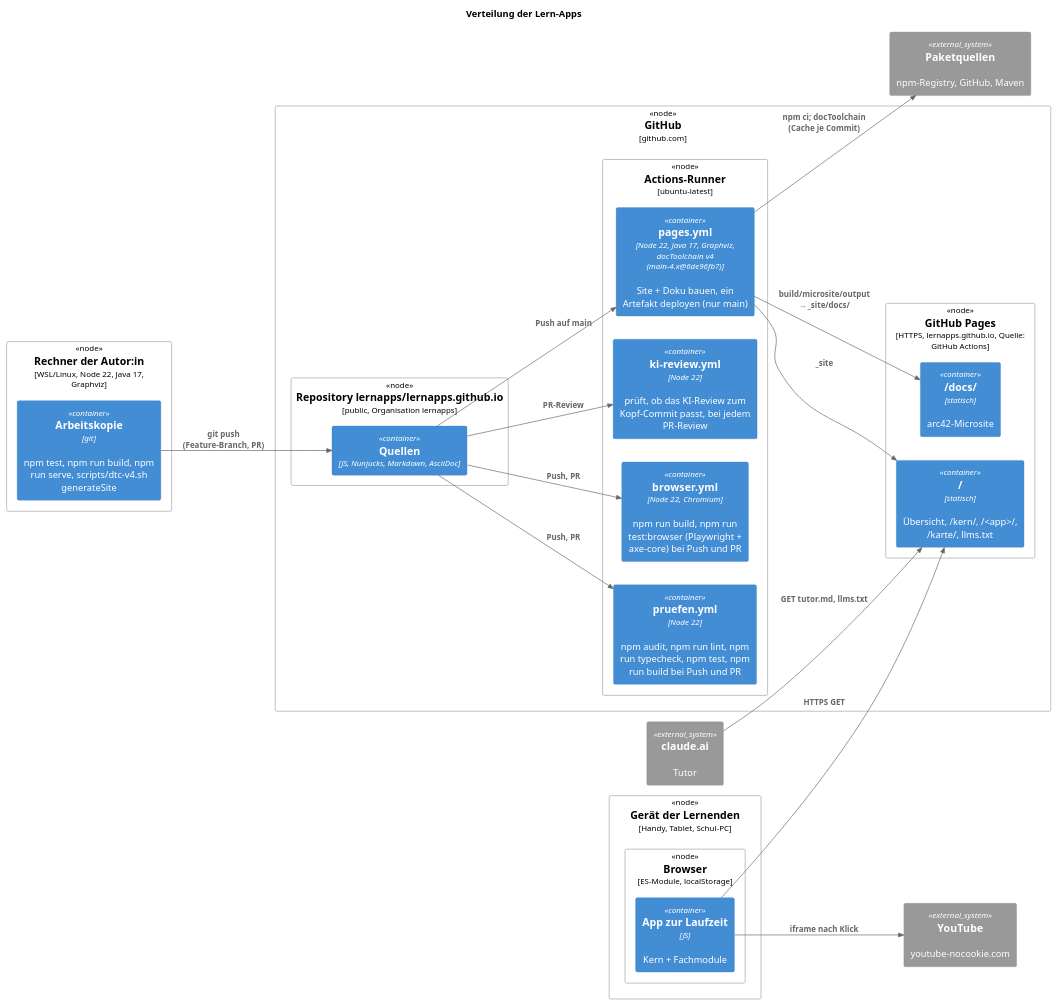
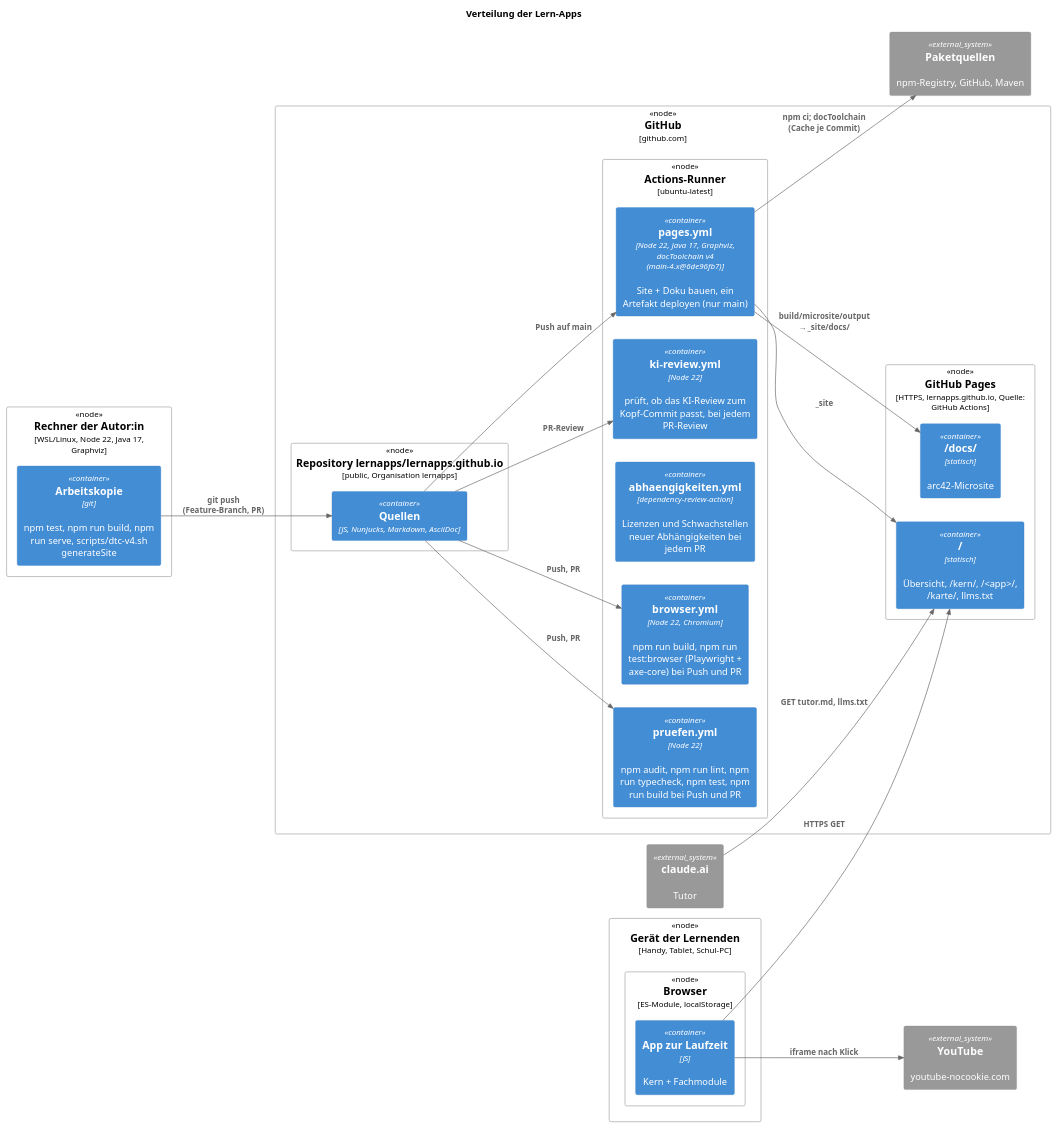
The diagram in src/docs/arc42/chapters/07_deployment_view.adoc (lernapps/lernapps.github.io), drawn with PlantUML before and after one commit. The commit also changed other lines of this file and 10 other files, not shown here.

```diff
--- a/src/docs/arc42/chapters/07_deployment_view.adoc
+++ b/src/docs/arc42/chapters/07_deployment_view.adoc
@@ -21,47 +21,48 @@
 [plantuml, target=verteilung, format=svg]
 ....
 @startuml
 !include <C4/C4_Deployment>
 LAYOUT_LEFT_RIGHT()
 title Verteilung der Lern-Apps
 
 Deployment_Node(dev, "Rechner der Autor:in", "WSL/Linux, Node 22, Java 17, Graphviz") {
   Container(clone, "Arbeitskopie", "git", "npm test, npm run build, npm run serve, scripts/dtc-v4.sh generateSite")
 }
 Deployment_Node(gh, "GitHub", "github.com") {
   Deployment_Node(repo, "Repository lernapps/lernapps.github.io", "public, Organisation lernapps") {
     Container(src, "Quellen", "JS, Nunjucks, Markdown, AsciiDoc")
   }
   Deployment_Node(runner, "Actions-Runner", "ubuntu-latest") {
     Container(ci, "pruefen.yml", "Node 22", "npm audit, npm run lint, npm run typecheck, npm test, npm run build bei Push und PR")
     Container(browsertest, "browser.yml", "Node 22, Chromium", "npm run build, npm run test:browser (Playwright + axe-core) bei Push und PR")
+    Container(abh, "abhaengigkeiten.yml", "dependency-review-action", "Lizenzen und Schwachstellen neuer Abhängigkeiten bei jedem PR")
     Container(kireview, "ki-review.yml", "Node 22", "prüft, ob das KI-Review zum Kopf-Commit passt, bei jedem PR-Review")
     Container(deploy, "pages.yml", "Node 22, Java 17, Graphviz, docToolchain v4 (main-4.x@6de96fb7)", "Site + Doku bauen, ein Artefakt deployen (nur main)")
   }
   Deployment_Node(ghpages, "GitHub Pages", "HTTPS, lernapps.github.io, Quelle: GitHub Actions") {
     Container(site, "/", "statisch", "Übersicht, /kern/, /<app>/, /karte/, llms.txt")
     Container(docs, "/docs/", "statisch", "arc42-Microsite")
   }
 }
 Deployment_Node(geraet, "Gerät der Lernenden", "Handy, Tablet, Schul-PC") {
   Deployment_Node(browser, "Browser", "ES-Module, localStorage") {
     Container(laufzeit, "App zur Laufzeit", "JS", "Kern + Fachmodule")
   }
 }
 System_Ext(claude, "claude.ai", "Tutor")
 System_Ext(yt, "YouTube", "youtube-nocookie.com")
 System_Ext(pakete, "Paketquellen", "npm-Registry, GitHub, Maven")
 
 Rel(clone, src, "git push (Feature-Branch, PR)")
 Rel(src, ci, "Push, PR")
 Rel(src, browsertest, "Push, PR")
 Rel(src, kireview, "PR-Review")
 Rel(src, deploy, "Push auf main")
 Rel(deploy, pakete, "npm ci; docToolchain (Cache je Commit)")
 Rel(deploy, site, "_site")
 Rel(deploy, docs, "build/microsite/output → _site/docs/")
 Rel(laufzeit, site, "HTTPS GET")
 Rel(claude, site, "GET tutor.md, llms.txt")
 Rel(laufzeit, yt, "iframe nach Klick")
 @enduml
 ....
```
